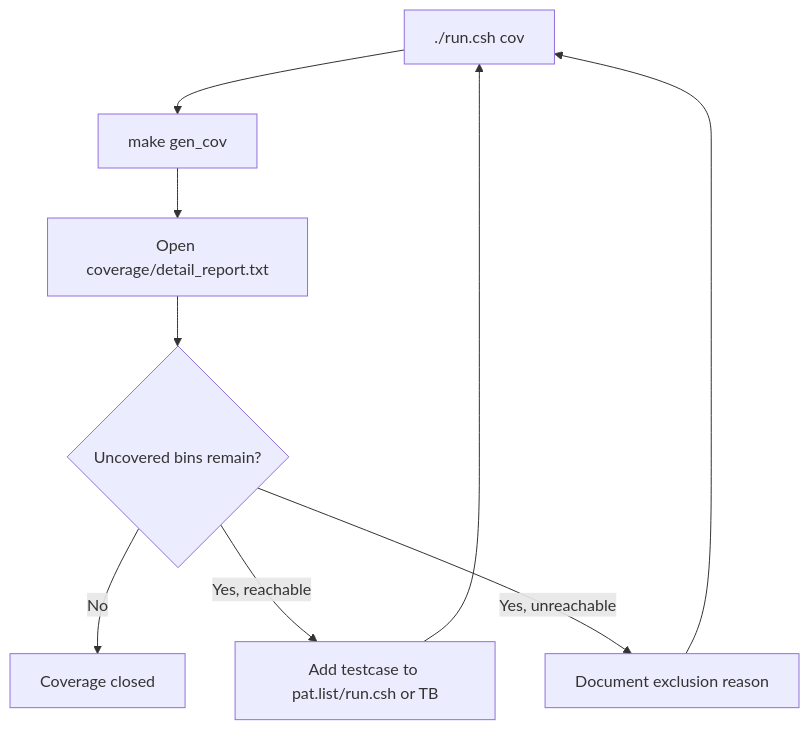
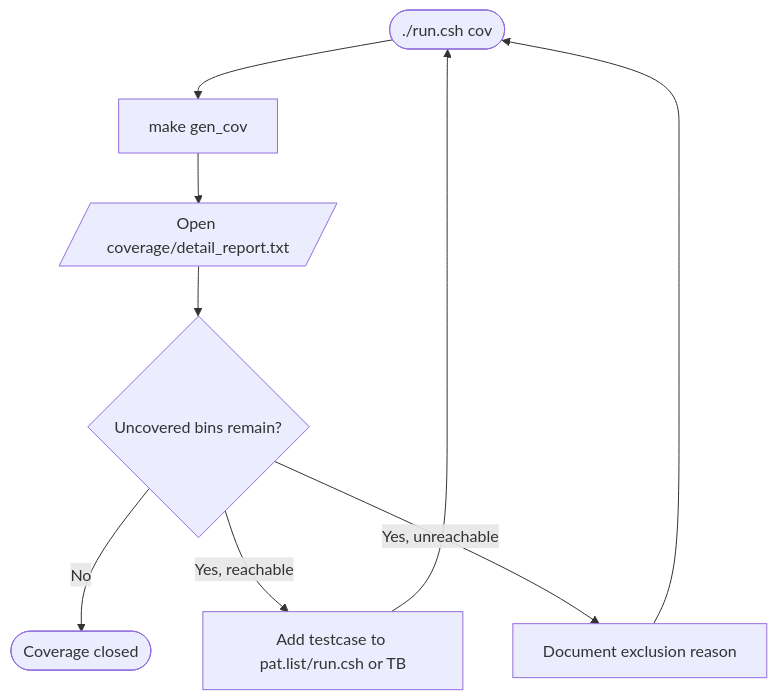
Before and after one commit to ngoquocan139/AES_huffman_all6: the diagram in docs/coverage_test_plan_spec.md, drawn with Mermaid. The commit also changed 28 other files, not shown here.

````diff
--- a/docs/coverage_test_plan_spec.md
+++ b/docs/coverage_test_plan_spec.md
@@ -382,11 +382,11 @@
 ```mermaid
 flowchart TD
-  A["./run.csh cov"] --> B["make gen_cov"]
-  B --> C["Open coverage/detail_report.txt"]
+  A(["./run.csh cov"]) --> B["make gen_cov"]
+  B --> C[/"Open coverage/detail_report.txt"/]
   C --> D{"Uncovered bins remain?"}
-  D -->|"No"| E["Coverage closed"]
+  D -->|"No"| E(["Coverage closed"])
   D -->|"Yes, reachable"| F["Add testcase to pat.list/run.csh or TB"]
   D -->|"Yes, unreachable"| G["Document exclusion reason"]
   F --> A
   G --> A
 ```
````
